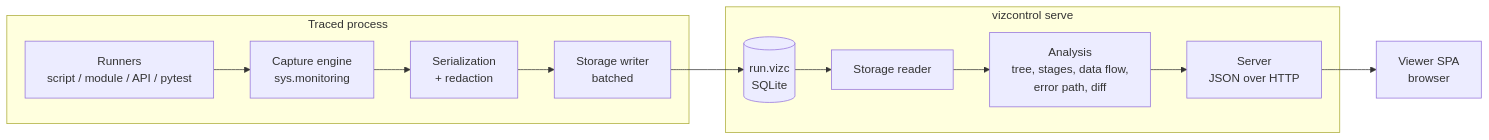
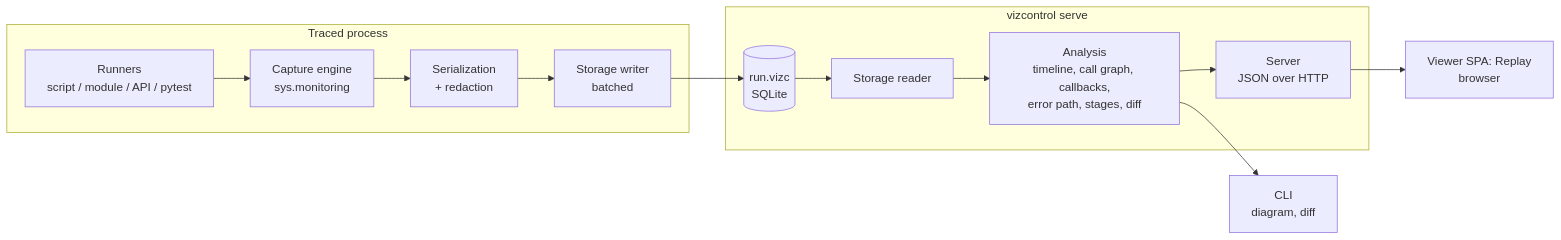
The diagram in docs/02-architecture.md (DatzinDev/VizControl), drawn with Mermaid before and after one commit. The commit also changed other lines of this file, not shown here.

Commit message:
docs(architecture): el visor de una sola vista, el flujo con timeline y call graph, y el layout con web.py, diagram.py y el ejemplo etl

````diff
--- a/docs/02-architecture.md
+++ b/docs/02-architecture.md
@@ -16,15 +16,16 @@
 ```mermaid
 flowchart LR
   subgraph traced["Traced process"]
     R[Runners<br/>script / module / API / pytest] --> C[Capture engine<br/>sys.monitoring]
     C --> S[Serialization<br/>+ redaction]
     S --> W[Storage writer<br/>batched]
   end
   W --> F[(run.vizc<br/>SQLite)]
   subgraph explore["vizcontrol serve"]
     F --> RD[Storage reader]
-    RD --> A[Analysis<br/>tree, stages, data flow,<br/>error path, diff]
+    RD --> A[Analysis<br/>timeline, call graph, callbacks,<br/>error path, stages, diff]
     A --> API[Server<br/>JSON over HTTP]
   end
-  API --> V[Viewer SPA<br/>browser]
+  API --> V[Viewer SPA: Replay<br/>browser]
+  A --> CLI[CLI<br/>diagram, diff]
 ```
````
